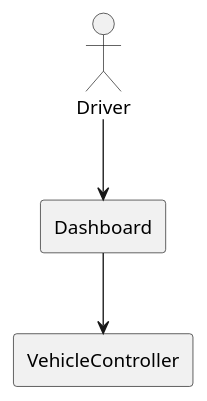
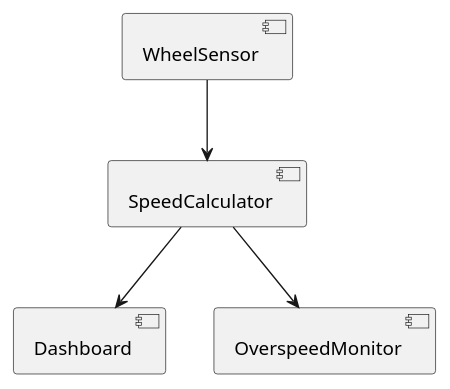
The diagram in architecture/system.puml (falgunisheladiya922-create/fals-demo-project), drawn with PlantUML before and after one commit. The commit also changed 2 other files, not shown here.

Commit message:
Add architecture documentation

```diff
--- a/architecture/system.puml
+++ b/architecture/system.puml
@@ -1,11 +1,15 @@
 @startuml
 
-actor Driver
+component WheelSensor
 
-rectangle Dashboard
-rectangle VehicleController
+component SpeedCalculator
 
-Driver --> Dashboard
-Dashboard --> VehicleController
+component Dashboard
+
+component OverspeedMonitor
+
+WheelSensor --> SpeedCalculator
+SpeedCalculator --> Dashboard
+SpeedCalculator --> OverspeedMonitor
 
 @enduml
```
